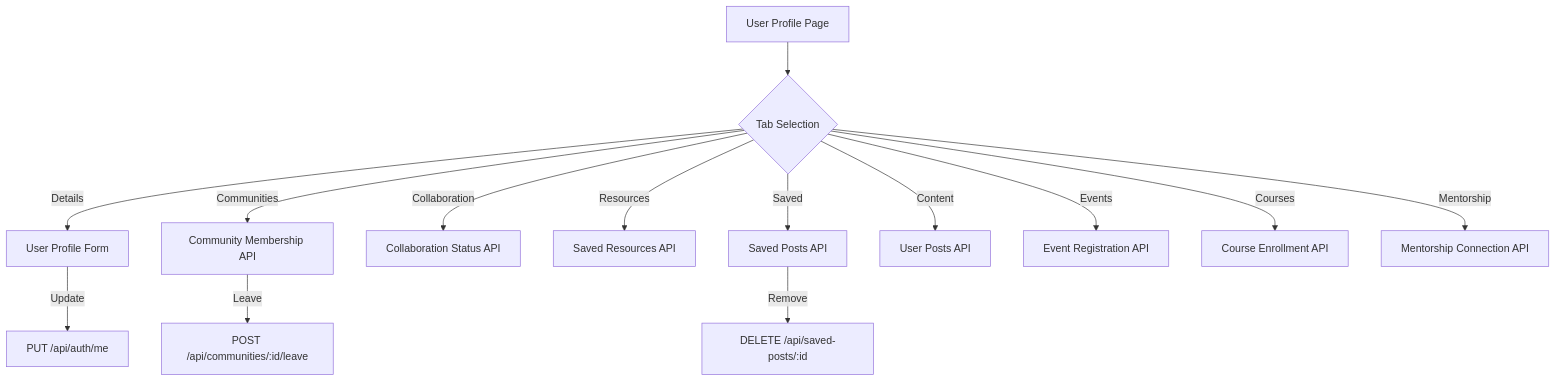
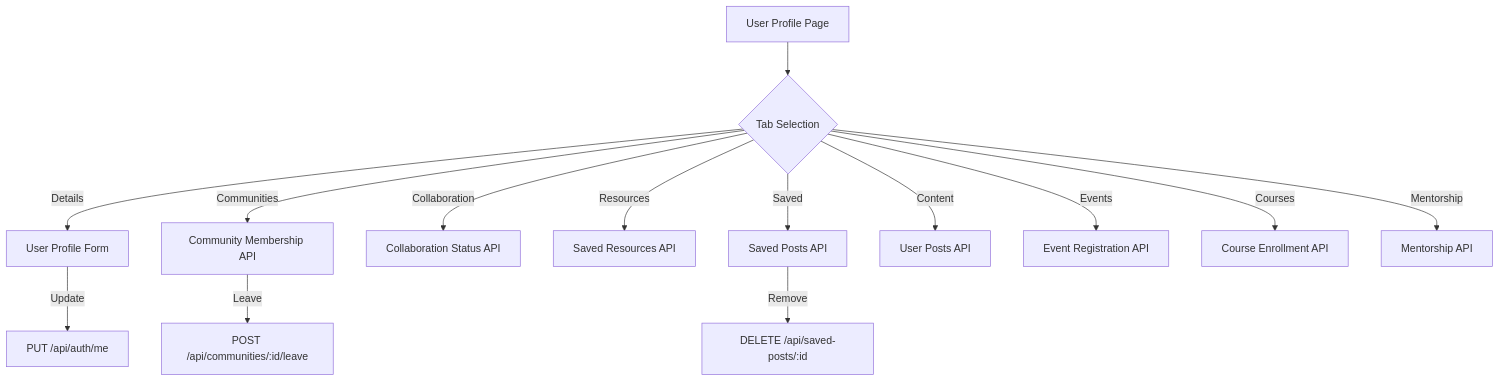
One commit to akvo/science-for-africa changed the diagram in docs/INDIVIDUAL_PROFILE.md. Above: the diagram before and after it, drawn with Mermaid. The commit also changed other lines of this file and 23 other files, not shown here.

````diff
--- a/docs/INDIVIDUAL_PROFILE.md
+++ b/docs/INDIVIDUAL_PROFILE.md
@@ -32,17 +33,17 @@
 ```mermaid
 graph TD
     A[User Profile Page] --> B{Tab Selection}
     B -->|Details| C[User Profile Form]
     B -->|Communities| D[Community Membership API]
     B -->|Collaboration| E[Collaboration Status API]
     B -->|Resources| F[Saved Resources API]
     B -->|Saved| G[Saved Posts API]
     B -->|Content| H[User Posts API]
     B -->|Events| I[Event Registration API]
     B -->|Courses| J[Course Enrollment API]
-    B -->|Mentorship| K[Mentorship Connection API]
+    B -->|Mentorship| K[Mentorship API]
 
     C -->|Update| L[PUT /api/auth/me]
     D -->|Leave| M[POST /api/communities/:id/leave]
     G -->|Remove| N[DELETE /api/saved-posts/:id]
 ```
````
